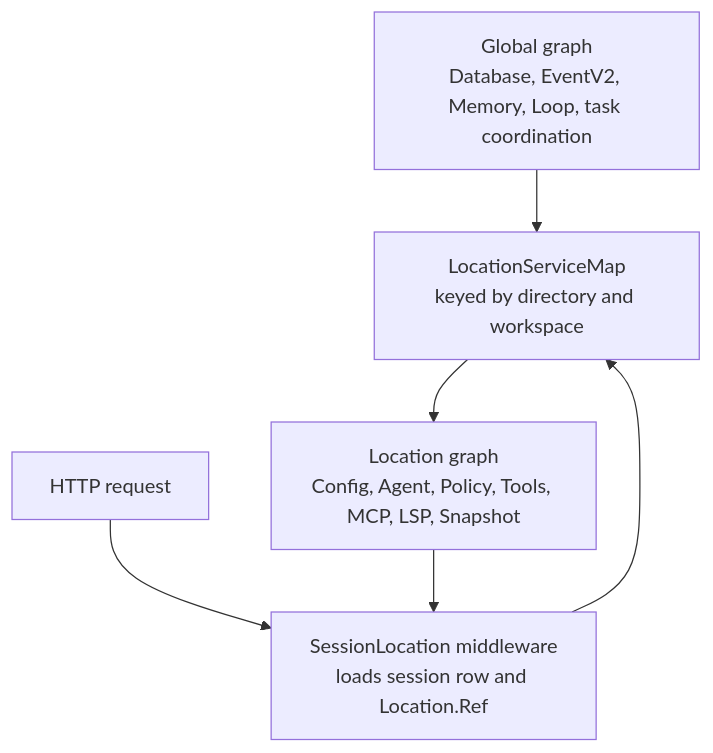
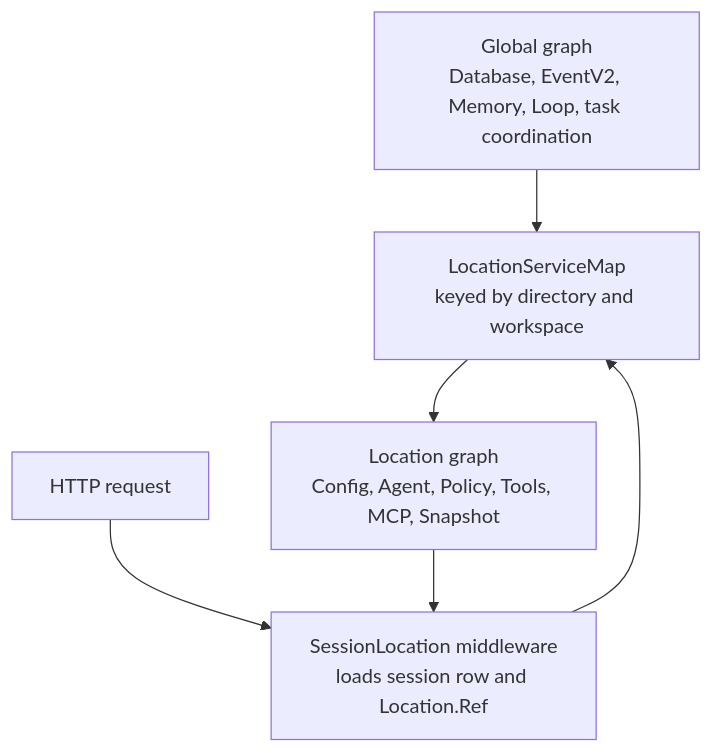
The diagram in docs/architecture/locations.md (turenlabs/turenos), drawn with Mermaid before and after one commit. The commit also changed 16 other files, not shown here.

````diff
--- a/docs/architecture/locations.md
+++ b/docs/architecture/locations.md
@@ -8,14 +8,14 @@
 ```mermaid
 flowchart TB
     Global[Global graph\nDatabase, EventV2, Memory, Loop, task coordination]
     Map[LocationServiceMap\nkeyed by directory and workspace]
-    Location[Location graph\nConfig, Agent, Policy, Tools, MCP, LSP, Snapshot]
+    Location[Location graph\nConfig, Agent, Policy, Tools, MCP, Snapshot]
     Session[SessionLocation middleware\nloads session row and Location.Ref]
     Request[HTTP request]
 
     Global --> Map
     Map --> Location
     Request --> Session
     Session --> Map
     Location --> Session
 ```
````
